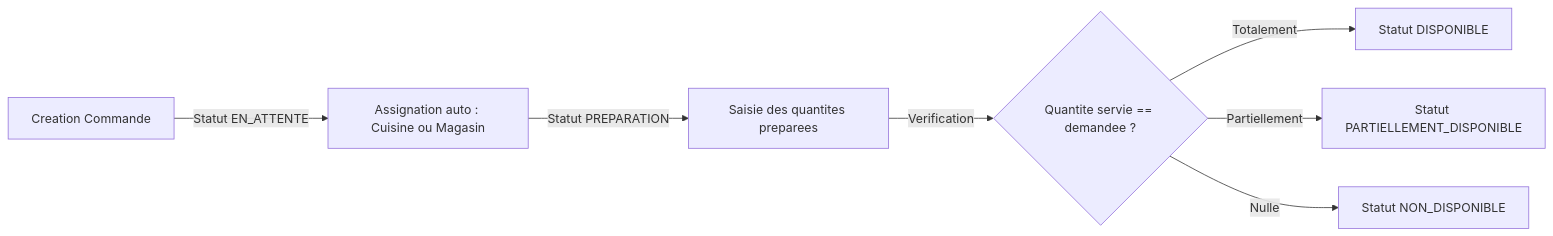
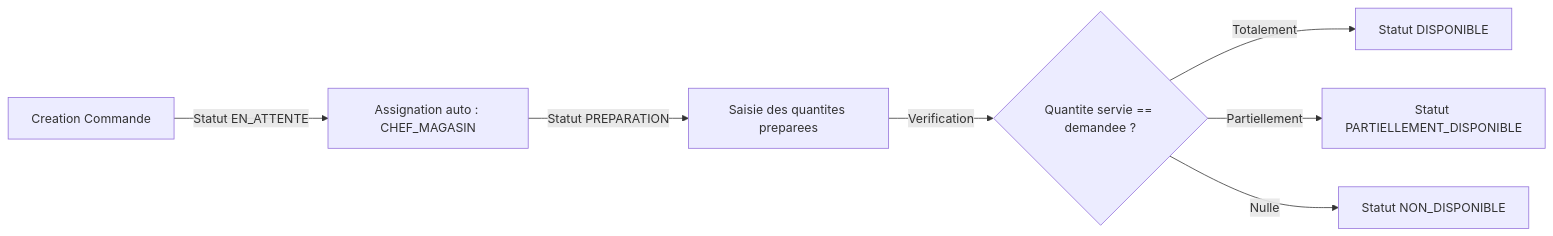
Before and after one commit to Xoner1/AeroServe: the fifth of 6 diagrams in docs/RAPPORT_TECHNIQUE.md, drawn with Mermaid. The commit also changed other lines of this file, not shown here.

````diff
--- a/docs/RAPPORT_TECHNIQUE.md
+++ b/docs/RAPPORT_TECHNIQUE.md
@@ -438,10 +438,10 @@
 ```mermaid
 flowchart LR
-  Draft[Creation Commande] -->|Statut EN_ATTENTE| Assigned[Assignation auto : Cuisine ou Magasin]
+  Draft[Creation Commande] -->|Statut EN_ATTENTE| Assigned[Assignation auto : CHEF_MAGASIN]
   Assigned -->|Statut PREPARATION| Fulfilling[Saisie des quantites preparees]
   Fulfilling -->|Verification| CheckQty{Quantite servie == demandee ?}
   
   CheckQty -->|Totalement| Done[Statut DISPONIBLE]
   CheckQty -->|Partiellement| Partial[Statut PARTIELLEMENT_DISPONIBLE]
   CheckQty -->|Nulle| Empty[Statut NON_DISPONIBLE]
 ```
````
